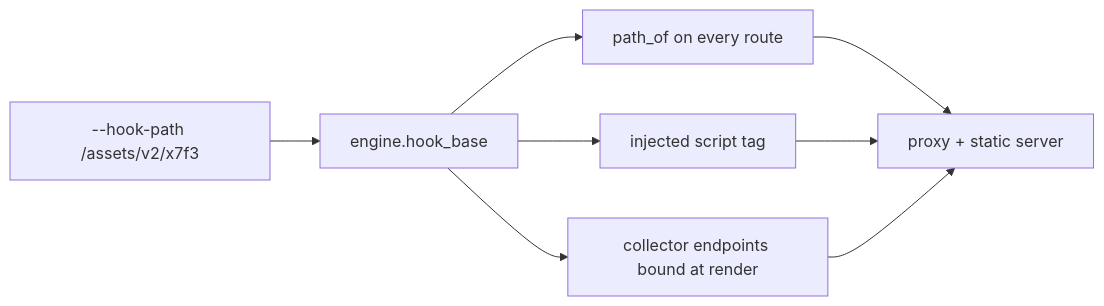
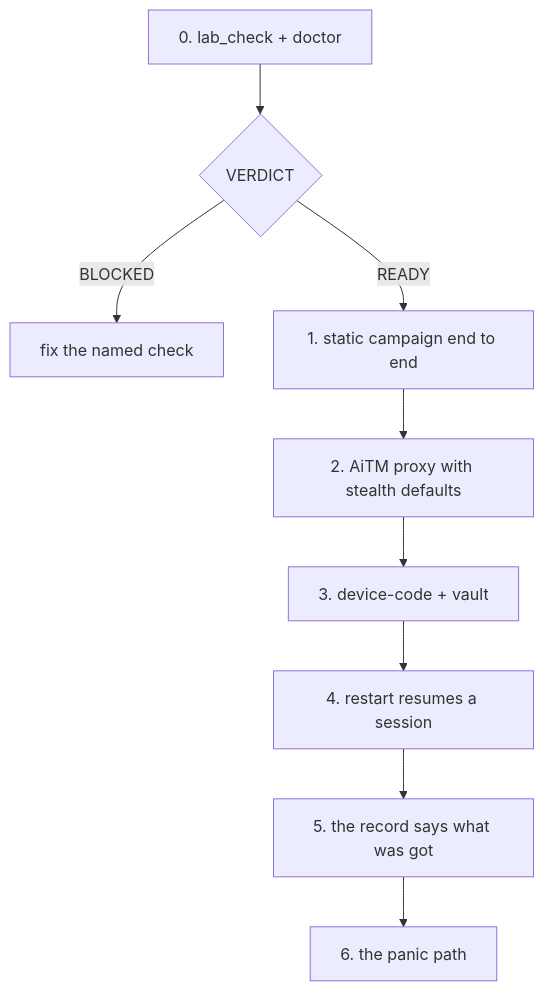
The second of 2 diagrams in docs/OPERATIONS.md (byteversed/bytephisher), drawn with Mermaid before and after one commit. The commit also changed other lines of this file and 131 other files, not shown here.

````diff
--- a/docs/OPERATIONS.md
+++ b/docs/OPERATIONS.md
@@ -261,10 +341,11 @@
 ```mermaid
-flowchart LR
-    A[--hook-path /assets/v2/x7f3] --> B[engine.hook_base]
-    B --> C[path_of on every route]
-    B --> D[injected script tag]
-    B --> E[collector endpoints bound at render]
-    C --> F[proxy + static server]
-    D --> F
-    E --> F
+flowchart TD
+    A["0. lab_check + doctor"] --> B{"VERDICT"}
+    B -- BLOCKED --> X["fix the named check"]
+    B -- READY --> C["1. static campaign end to end"]
+    C --> D["2. AiTM proxy with stealth defaults"]
+    D --> E["3. device-code + vault"]
+    E --> F["4. restart resumes a session"]
+    F --> G["5. the record says what was got"]
+    G --> H["6. the panic path"]
 ```
````
